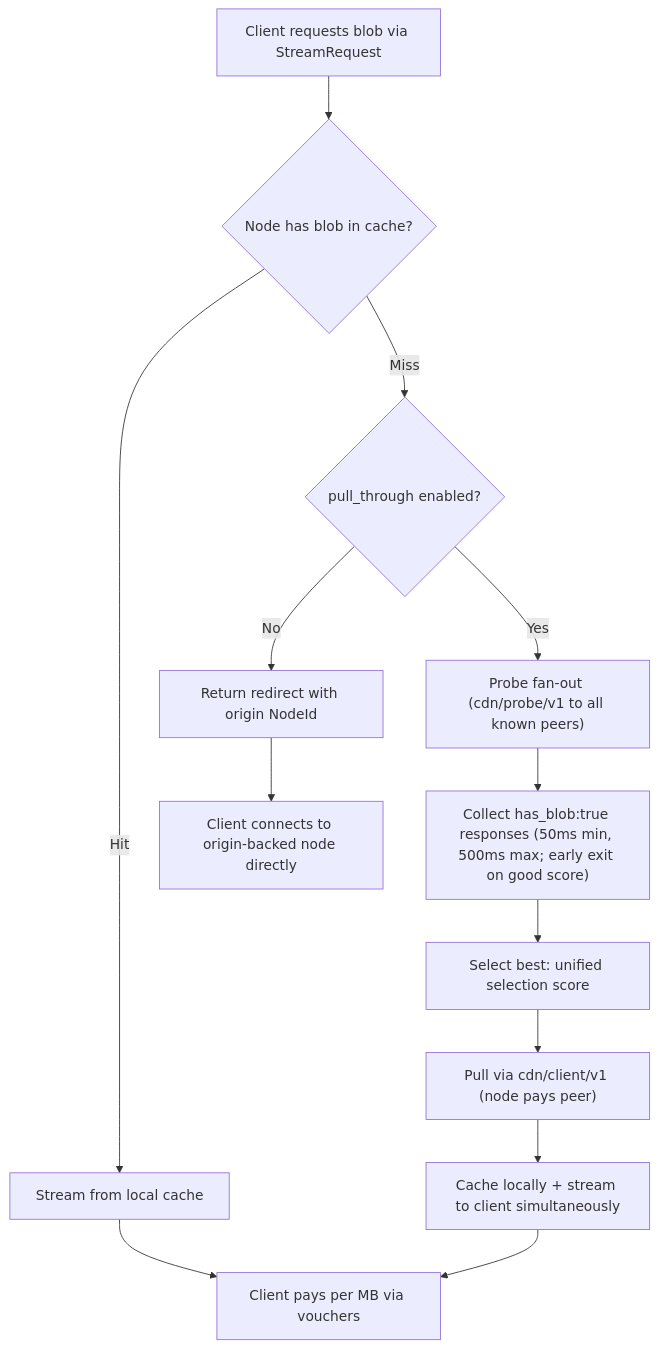
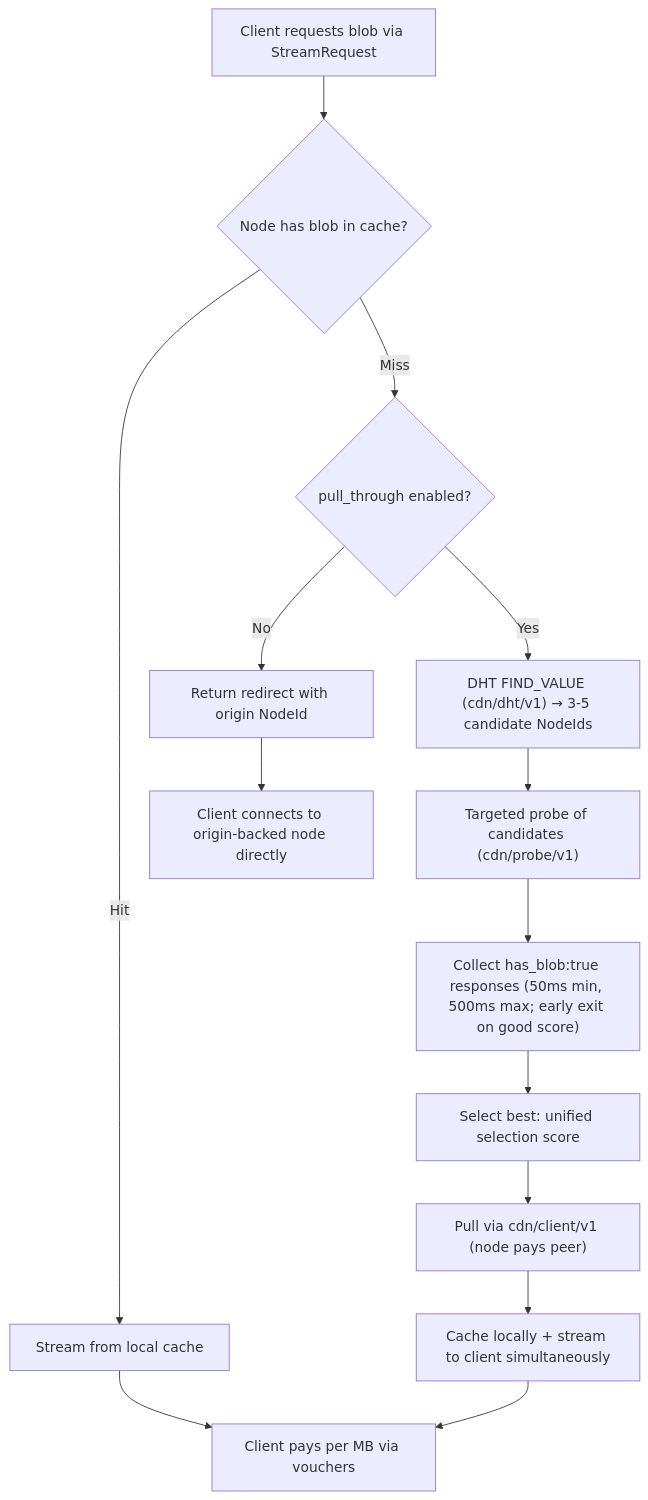
Before and after one commit to decdn/decdn: the second of 3 diagrams in adr/architecture.md, drawn with Mermaid. The commit also changed other lines of this file and 7 other files, not shown here.

First line of the commit message:
docs(adr): drop bootstrap probe fan-out; on-chain directory is fallback (#411) (#415)

````diff
--- a/adr/architecture.md
+++ b/adr/architecture.md
@@ -253,17 +253,18 @@
 ```mermaid
 flowchart TD
     A[Client requests blob via StreamRequest] --> B{Node has blob in cache?}
     B -->|Hit| C[Stream from local cache]
     C --> D[Client pays per MB via vouchers]
 
     B -->|Miss| E{pull_through enabled?}
-    E -->|Yes| F["Probe fan-out (cdn/probe/v1 to all known peers)"]
-    F --> G["Collect has_blob:true responses (50ms min, 500ms max; early exit on good score)"]
+    E -->|Yes| F["DHT FIND_VALUE (cdn/dht/v1) → 3-5 candidate NodeIds"]
+    F --> M["Targeted probe of candidates (cdn/probe/v1)"]
+    M --> G["Collect has_blob:true responses (50ms min, 500ms max; early exit on good score)"]
     G --> H["Select best: unified selection score"]
     H --> I["Pull via cdn/client/v1 (node pays peer)"]
     I --> J[Cache locally + stream to client simultaneously]
     J --> D
 
     E -->|No| K[Return redirect with origin NodeId]
     K --> L[Client connects to origin-backed node directly]
 ```
````
